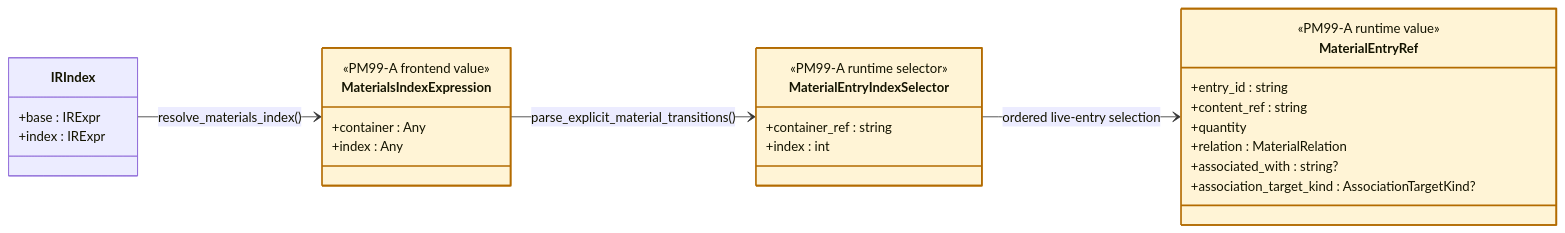
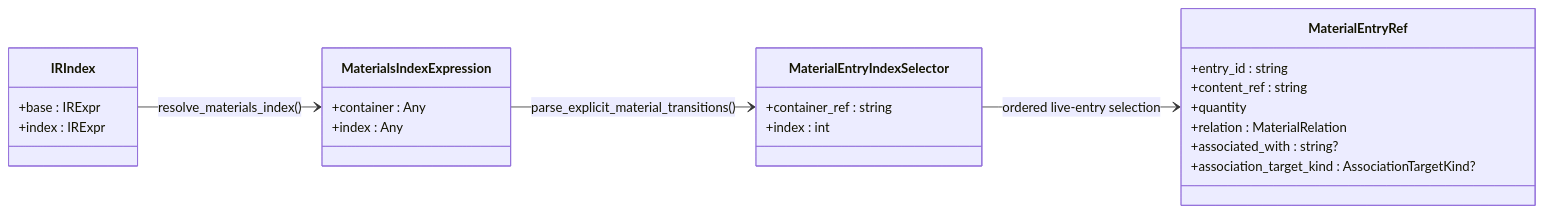
One commit to culsma/culsma changed the second of 9 diagrams in docs/architecture/scientific_model_module_diagrams.md. Above: the diagram before and after it, drawn with Mermaid. The commit also changed other lines of this file and 15 other files, not shown here.

````diff
--- a/docs/architecture/scientific_model_module_diagrams.md
+++ b/docs/architecture/scientific_model_module_diagrams.md
@@ -134,35 +135,29 @@
 ```mermaid
 classDiagram
     direction LR
 
     class IRIndex {
         +base : IRExpr
         +index : IRExpr
     }
     class MaterialsIndexExpression {
-        <<PM99-A frontend value>>
         +container : Any
         +index : Any
     }
     class MaterialEntryIndexSelector {
-        <<PM99-A runtime selector>>
         +container_ref : string
         +index : int
     }
     class MaterialEntryRef {
-        <<PM99-A runtime value>>
         +entry_id : string
         +content_ref : string
         +quantity
         +relation : MaterialRelation
         +associated_with : string?
         +association_target_kind : AssociationTargetKind?
     }
     IRIndex --> MaterialsIndexExpression : resolve_materials_index()
     MaterialsIndexExpression --> MaterialEntryIndexSelector : parse_explicit_material_transitions()
     MaterialEntryIndexSelector --> MaterialEntryRef : ordered live-entry selection
 
-    style MaterialsIndexExpression fill:#fff4d6,stroke:#b36b00,stroke-width:2px
-    style MaterialEntryIndexSelector fill:#fff4d6,stroke:#b36b00,stroke-width:2px
-    style MaterialEntryRef fill:#fff4d6,stroke:#b36b00,stroke-width:2px
 ```
````
